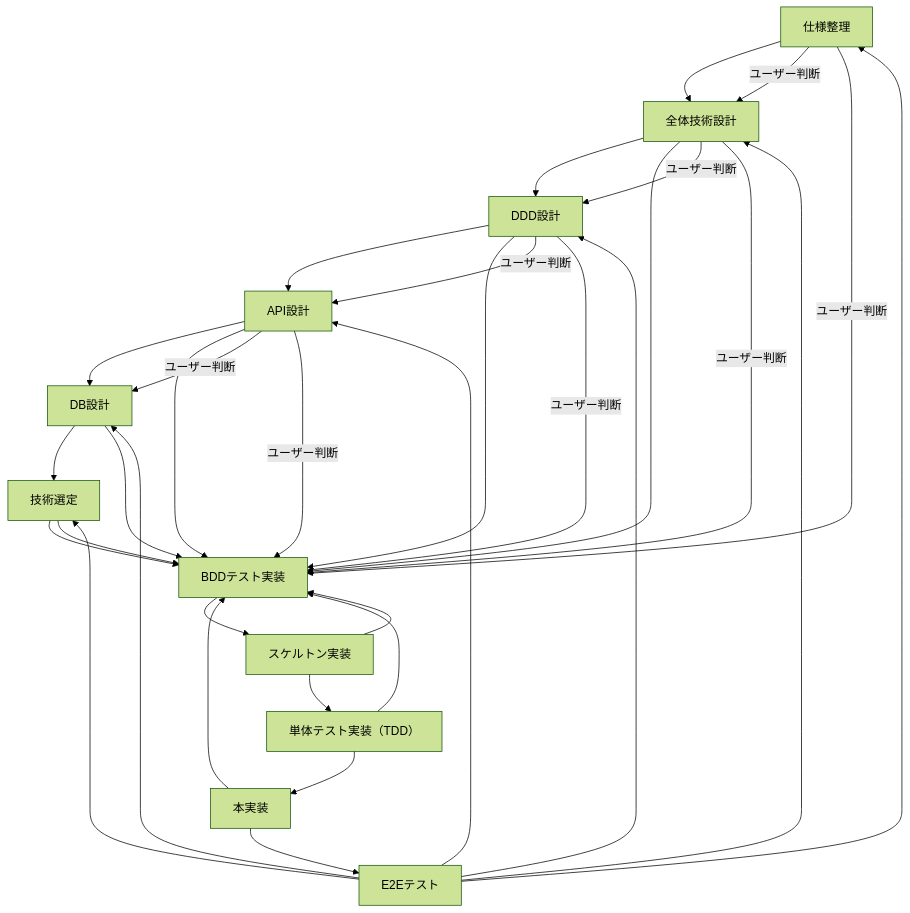
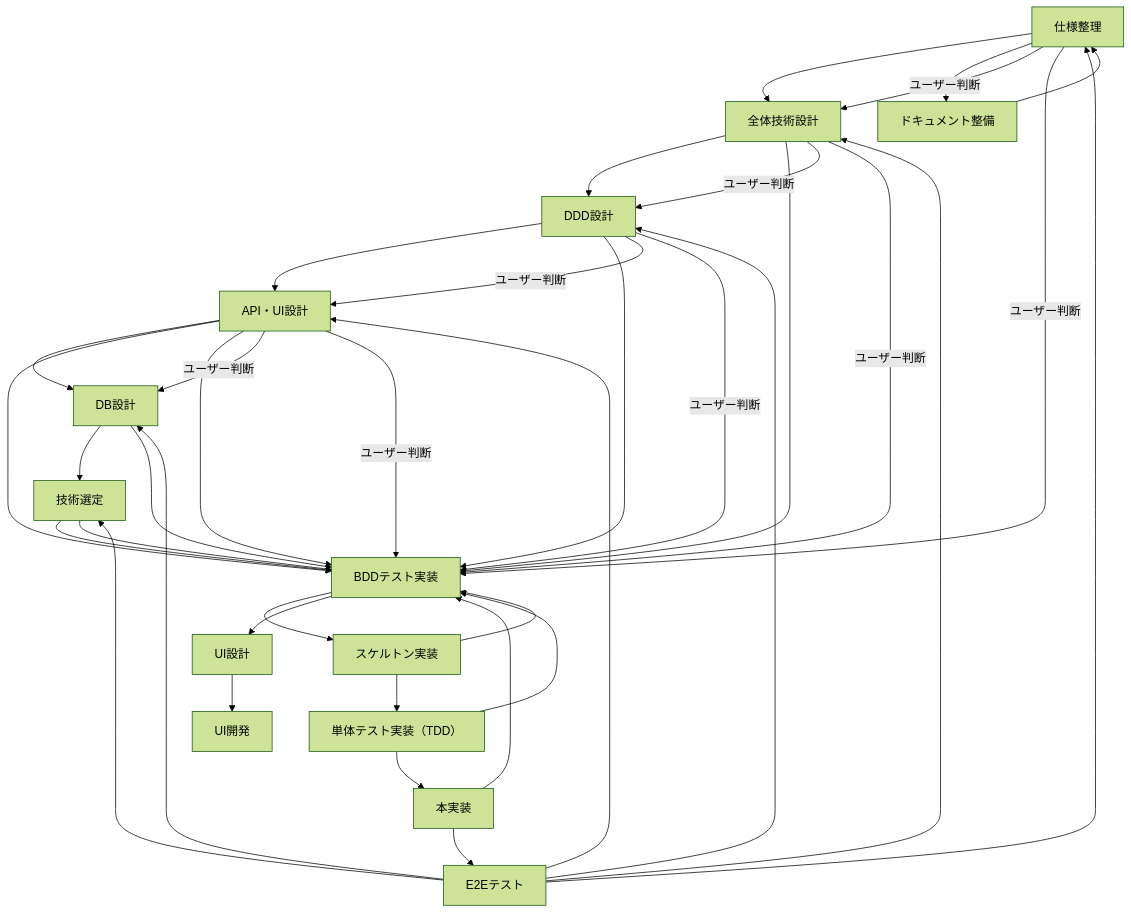
The diagram in docs/instructions/shared/workflow/workflow.md (tanacchi/your-quiz), drawn with Mermaid (forest theme) before and after one commit. The commit also changed other lines of this file, not shown here.

````diff
--- a/docs/instructions/shared/workflow/workflow.md
+++ b/docs/instructions/shared/workflow/workflow.md
@@ -5,39 +5,44 @@
 ```mermaid
 flowchart TD
   A[仕様整理] --> B[全体技術設計]
   B --> C[DDD設計]
-  C --> Y[API設計]
-  Y --> X[DB設計]
+  C --> API[API・UI設計]
+  API --> X[DB設計]
   X --> D[技術選定]
   D --> E[BDDテスト実装]
   E --> F[スケルトン実装]
+  API --> E
+  E --> DESIGN[UI設計]
+  DESIGN -->UI[UI開発]
   F --> G[単体テスト実装（TDD）]
   G --> H[本実装]
   H --> I[E2Eテスト]
+  A --> Z[ドキュメント整備]
+  Z --> A
 
   %% 反復フロー（要件変更・課題発見時）
   B --> E
   C --> E
-  Y --> E
+  API --> E
   X --> E
   D --> E
   F --> E
   G --> E
   H --> E
   I --> A
   I --> B
   I --> C
-  I --> Y
+  I --> API
   I --> X
   I --> D
 
   %% ユーザー承認が必要な判断ポイント
   A --> |ユーザー判断| B
   A --> |ユーザー判断| E
   B --> |ユーザー判断| C
   B --> |ユーザー判断| E
-  C --> |ユーザー判断| Y
+  C --> |ユーザー判断| API
   C --> |ユーザー判断| E
-  Y --> |ユーザー判断| X
-  Y --> |ユーザー判断| E
+  API --> |ユーザー判断| X
+  API --> |ユーザー判断| E
 ```
````
